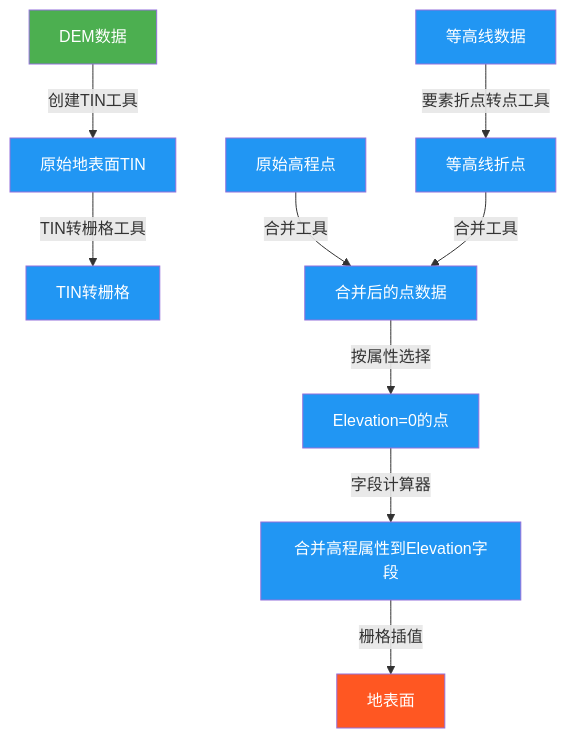
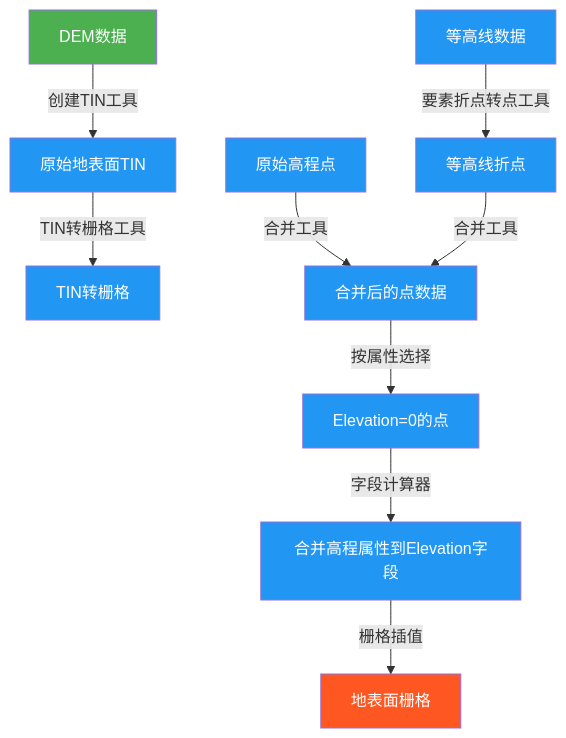
One commit to newguser/iodraw-files changed the diagram in all/未命名.md. Above: the diagram before and after it, drawn with Mermaid.

Commit message:
2025-02-27 21:35:33 update

````diff
--- a/all/未命名.md
+++ b/all/未命名.md
@@ -1,16 +1,17 @@
 ```mermaid
 graph TD
     A[DEM数据] -->|创建TIN工具| B[原始地表面TIN]
     B -->|TIN转栅格工具| C[TIN转栅格]
         D1[等高线数据] -->|要素折点转点工具| D2[等高线折点]
         D3[原始高程点] -->|合并工具| D4[合并后的点数据]
         D2 -->|合并工具| D4
         D4 -->|按属性选择| D5[Elevation=0的点]
         D5 -->|字段计算器| D6[合并高程属性到Elevation字段]
-        D6 -->|栅格插值| D[地表面]
+        D6 -->|栅格插值| D[地表面栅格]
+        
 
     style A fill:#4CAF50,color:white
     style D fill:#FF5722,color:white
     classDef process fill:#2196F3,color:white;
     class B,C,D1,D2,D3,D4,D5,D6 process
 ```
````
